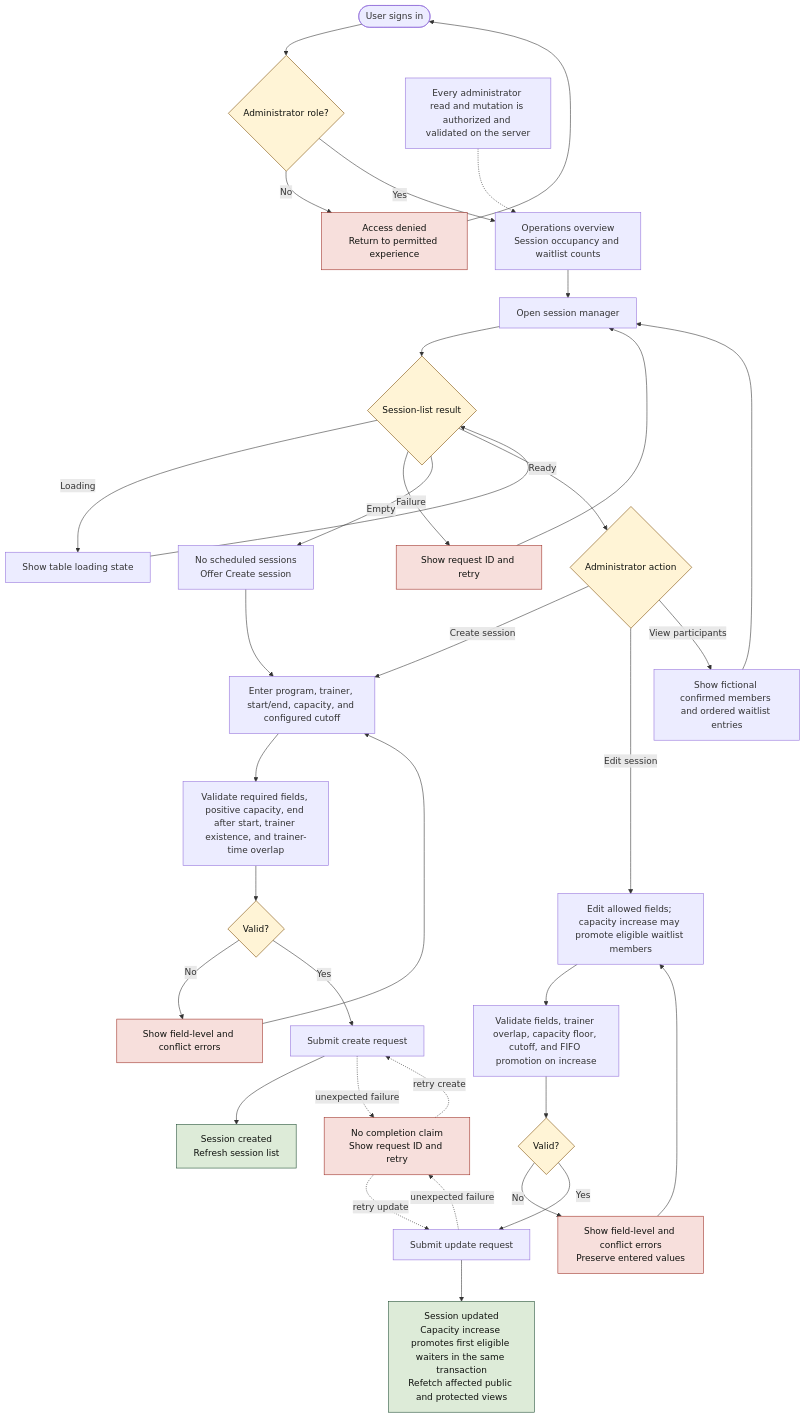
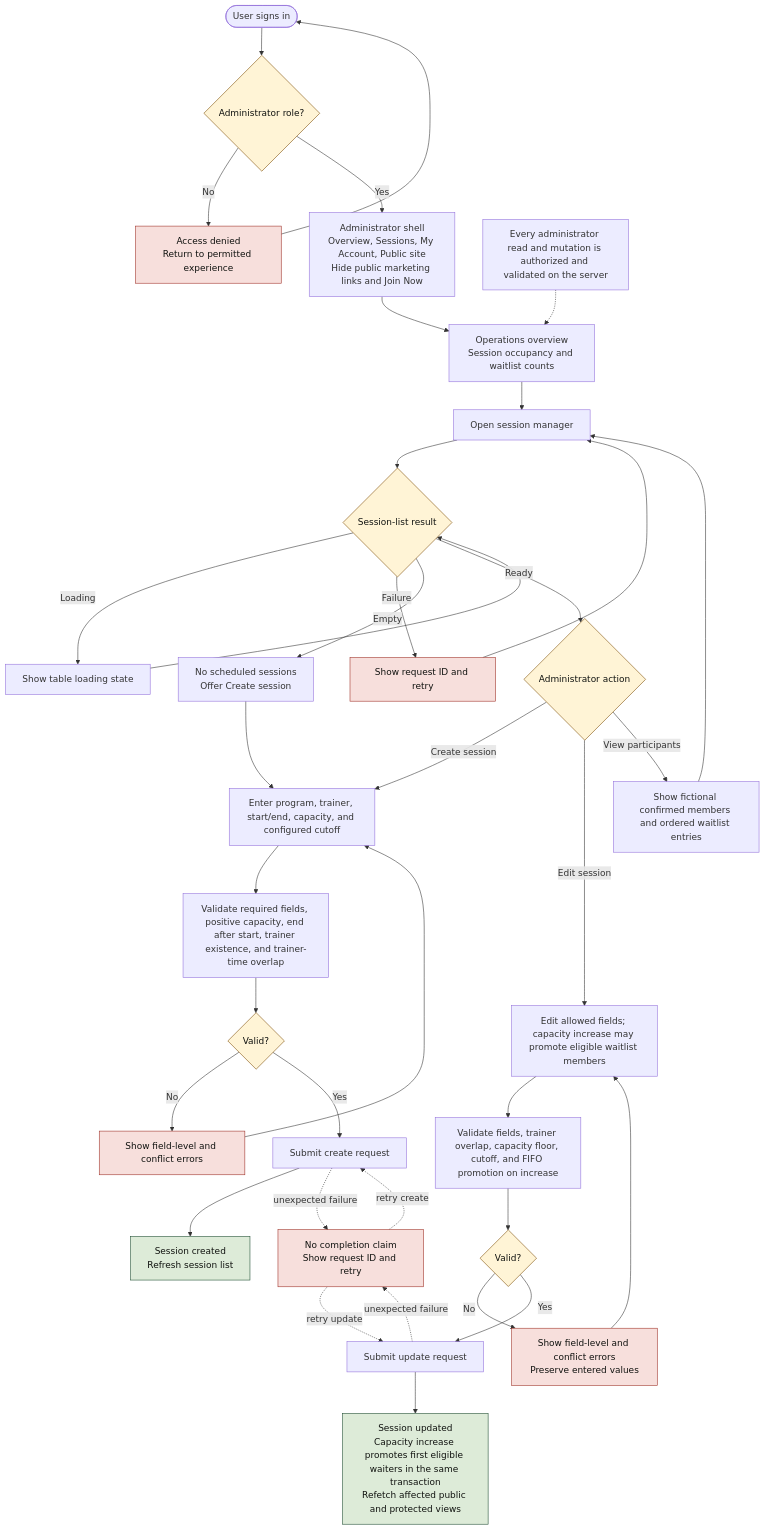
Before and after one commit to AqueosHeart/fitops: the diagram in docs/design/user-flow-admin.mmd, drawn with Mermaid. The commit also changed 17 other files, not shown here.

```diff
--- a/docs/design/user-flow-admin.mmd
+++ b/docs/design/user-flow-admin.mmd
@@ -1,46 +1,47 @@
 flowchart TD
     classDef success fill:#DDEBD8,stroke:#1F4D32,color:#111310;
     classDef error fill:#F7DFDC,stroke:#9E2E25,color:#111310;
     classDef decision fill:#FFF4D6,stroke:#7A4B00,color:#111310;
 
     Start([User signs in]) --> Role{Administrator role?}
     Role -- No --> Forbidden["Access denied<br/>Return to permitted experience"]:::error --> Start
-    Role -- Yes --> Overview["Operations overview<br/>Session occupancy and waitlist counts"]
+    Role -- Yes --> Shell["Administrator shell<br/>Overview, Sessions, My Account, Public site<br/>Hide public marketing links and Join Now"]
+    Shell --> Overview["Operations overview<br/>Session occupancy and waitlist counts"]
     Overview --> Sessions[Open session manager]
     Sessions --> LoadState{Session-list result}
     LoadState -- Loading --> Loading[Show table loading state]
     Loading --> LoadState
     LoadState -- Failure --> Retry[Show request ID and retry]:::error
     Retry --> Sessions
     LoadState -- Empty --> Empty["No scheduled sessions<br/>Offer Create session"]
     LoadState -- Ready --> Action{Administrator action}
     Empty --> CreateForm
 
     Action -- Create session --> CreateForm["Enter program, trainer, start/end, capacity, and configured cutoff"]
     CreateForm --> ValidateCreate["Validate required fields, positive capacity, end after start, trainer existence, and trainer-time overlap"]
     ValidateCreate --> CreateValid{Valid?}
     CreateValid -- No --> CreateErrors[Show field-level and conflict errors]:::error
     CreateErrors --> CreateForm
     CreateValid -- Yes --> CreateSave[Submit create request]
     CreateSave --> Created["Session created<br/>Refresh session list"]:::success
 
     Action -- Edit session --> EditForm["Edit allowed fields; capacity increase may promote eligible waitlist members"]
     EditForm --> ValidateEdit["Validate fields, trainer overlap, capacity floor, cutoff, and FIFO promotion on increase"]
     ValidateEdit --> EditValid{Valid?}
     EditValid -- No --> EditErrors["Show field-level and conflict errors<br/>Preserve entered values"]:::error
     EditErrors --> EditForm
     EditValid -- Yes --> EditSave[Submit update request]
     EditSave --> Updated["Session updated<br/>Capacity increase promotes first eligible waiters in the same transaction<br/>Refetch affected public and protected views"]:::success
 
     Action -- View participants --> Participants[Show fictional confirmed members and ordered waitlist entries]
     Participants --> Sessions
 
     CreateSave -. unexpected failure .-> SaveFailure["No completion claim<br/>Show request ID and retry"]:::error
     EditSave -. unexpected failure .-> SaveFailure
     SaveFailure -. retry create .-> CreateSave
     SaveFailure -. retry update .-> EditSave
 
     AuthorityNote["Every administrator read and mutation is authorized and validated on the server"]
     AuthorityNote -.-> Overview
 
     class Role,LoadState,Action,CreateValid,EditValid decision;
```
